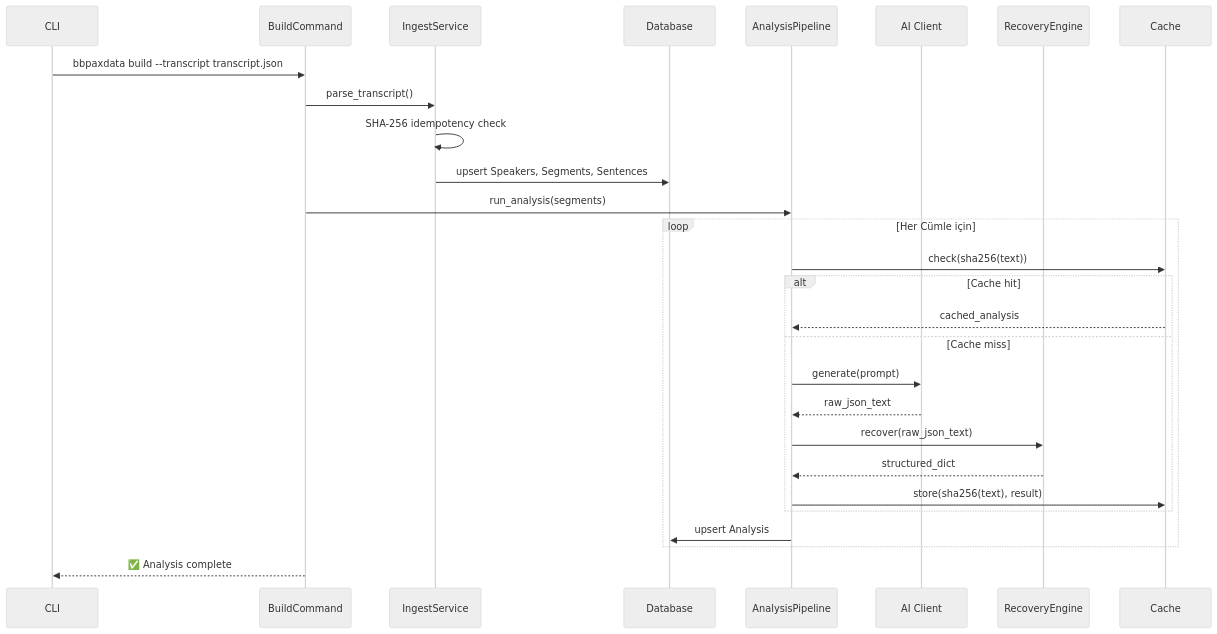
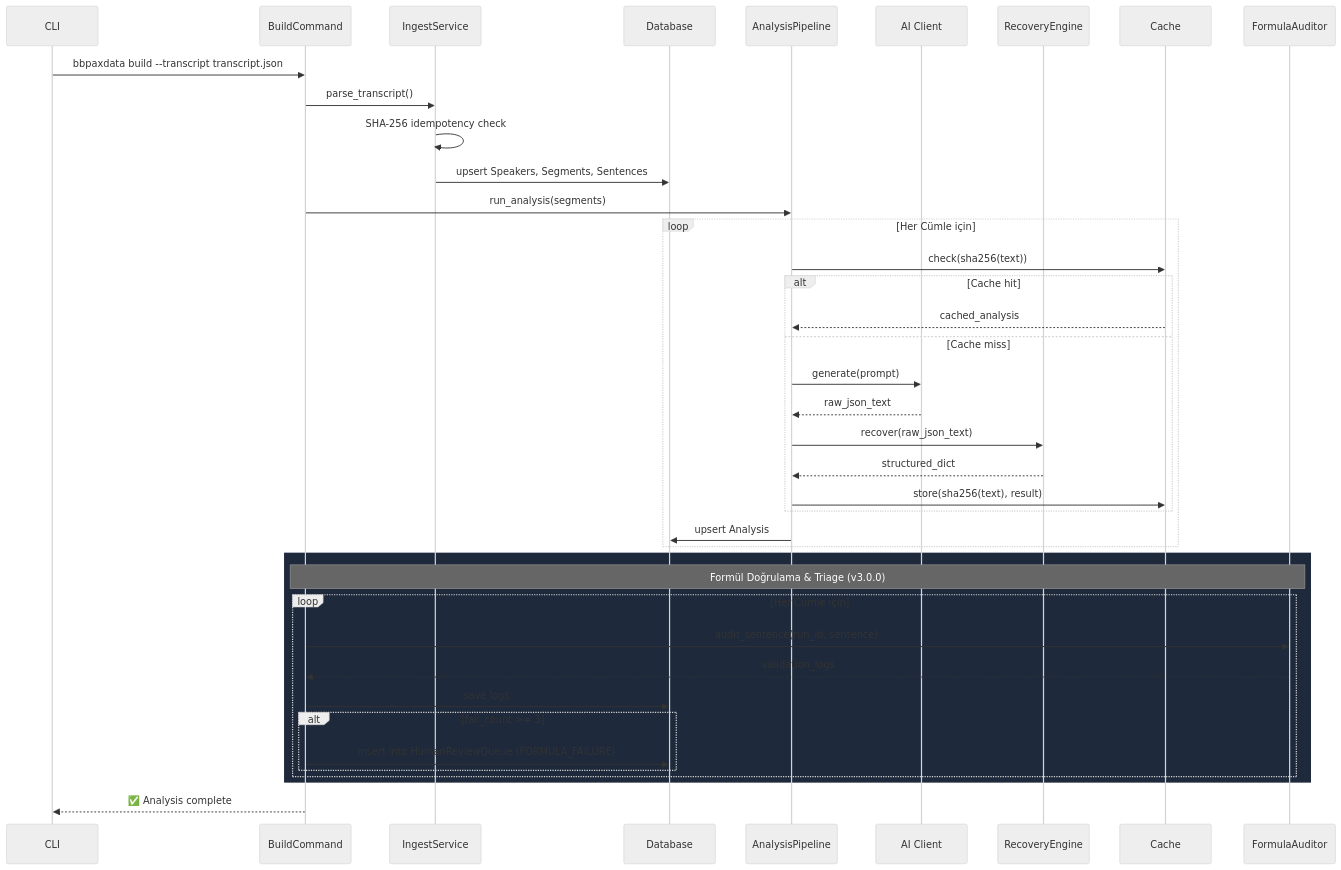
The third of 15 diagrams in README.md (BBgitaccount/BB-PAXDATA), drawn with Mermaid (neutral theme) before and after one commit. The commit also changed other lines of this file and 44 other files, not shown here.

````diff
--- a/README.md
+++ b/README.md
@@ -214,32 +223,45 @@
 ```mermaid
 sequenceDiagram
     participant CLI as CLI
     participant CMD as BuildCommand
     participant INGEST as IngestService
     participant DB as Database
     participant PIPELINE as AnalysisPipeline
     participant AI as AI Client
     participant RECOVERY as RecoveryEngine
     participant CACHE as Cache
+    participant AUDITOR as FormulaAuditor
 
     CLI->>CMD: bbpaxdata build --transcript transcript.json
     CMD->>INGEST: parse_transcript()
     INGEST->>INGEST: SHA-256 idempotency check
     INGEST->>DB: upsert Speakers, Segments, Sentences
 
     CMD->>PIPELINE: run_analysis(segments)
     loop Her Cümle için
         PIPELINE->>CACHE: check(sha256(text))
         alt Cache hit
             CACHE-->>PIPELINE: cached_analysis
         else Cache miss
             PIPELINE->>AI: generate(prompt)
             AI-->>PIPELINE: raw_json_text
             PIPELINE->>RECOVERY: recover(raw_json_text)
             RECOVERY-->>PIPELINE: structured_dict
             PIPELINE->>CACHE: store(sha256(text), result)
         end
         PIPELINE->>DB: upsert Analysis
     end
+
+    rect rgb(30, 41, 59)
+        Note over CMD,AUDITOR: Formül Doğrulama & Triage (v3.0.0)
+        loop Her Cümle için
+            CMD->>AUDITOR: audit_sentence(run_id, sentence)
+            AUDITOR-->>CMD: validation_logs
+            CMD->>DB: save logs
+            alt fail_count >= 3
+                CMD->>DB: insert into HumanReviewQueue (FORMULA_FAILURE)
+            end
+        end
+    end
     CMD-->>CLI: ✅ Analysis complete
 ```
````
